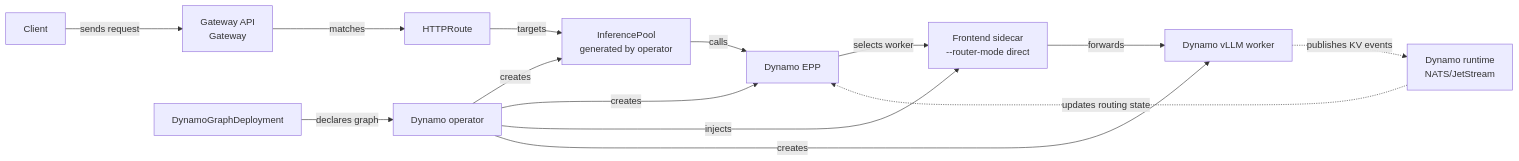
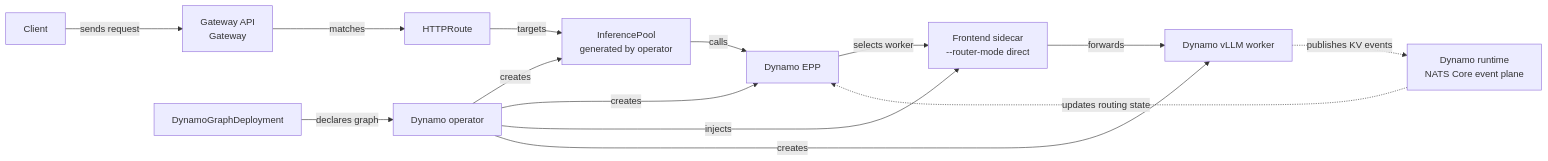
The diagram in fern/pages-dev/kubernetes/gateway-api/quickstart.mdx (ai-dynamo/dynamo), drawn with Mermaid before and after one commit. The commit also changed 15 other files, not shown here.

````diff
--- a/fern/pages-dev/kubernetes/gateway-api/quickstart.mdx
+++ b/fern/pages-dev/kubernetes/gateway-api/quickstart.mdx
@@ -15,17 +15,17 @@
 ```mermaid
 flowchart LR
     Client["Client"] -->|"sends request"| Gateway["Gateway API<br/>Gateway"]
     Gateway -->|"matches"| Route["HTTPRoute"]
     Route -->|"targets"| Pool["InferencePool<br/>generated by operator"]
     Pool -->|"calls"| EPP["Dynamo EPP"]
     EPP -->|"selects worker"| Sidecar["Frontend sidecar<br/>--router-mode direct"]
     Sidecar -->|"forwards"| Worker["Dynamo vLLM worker"]
-    Worker -. "publishes KV events" .-> Runtime["Dynamo runtime<br/>NATS/JetStream"]
+    Worker -. "publishes KV events" .-> Runtime["Dynamo runtime<br/>NATS Core event plane"]
     Runtime -. "updates routing state" .-> EPP
 
     DGD["DynamoGraphDeployment"] -->|"declares graph"| Operator["Dynamo operator"]
     Operator -->|"creates"| Pool
     Operator -->|"creates"| EPP
     Operator -->|"injects"| Sidecar
     Operator -->|"creates"| Worker
 ```
````
